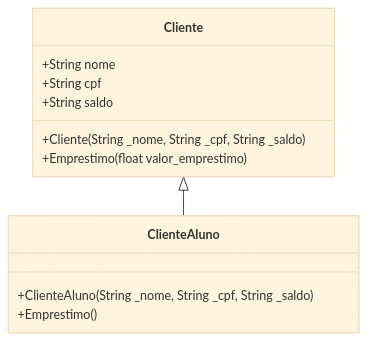
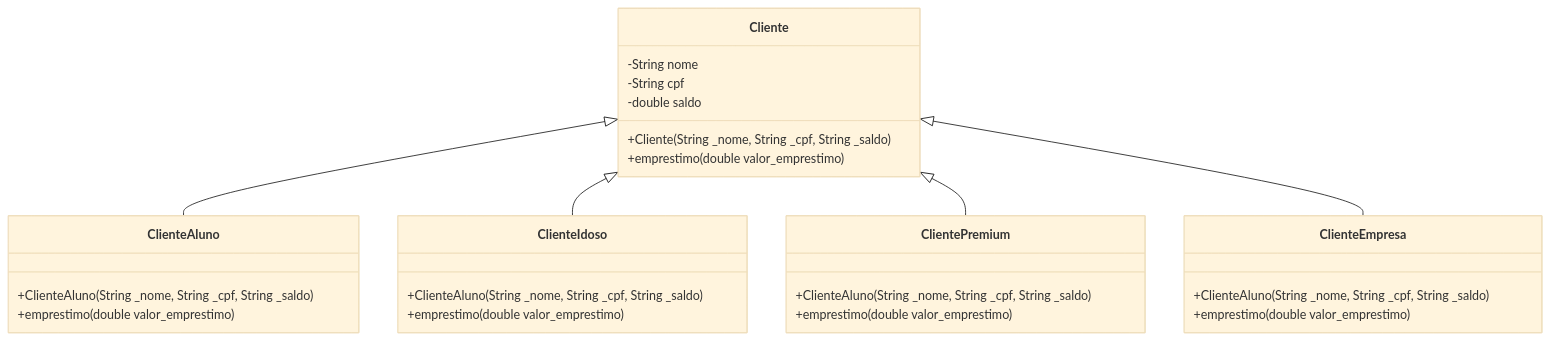
One commit to henrySilverIX/Bertoti changed the diagram in Engenharia de Software III/Strategy/Anti-Pattern/readme.md. Above: the diagram before and after it, drawn with Mermaid (base theme). The commit also changed other lines of this file, not shown here.

Commit message:
Adicionei os códigos dos arquivos e atualizei o mermaid

````diff
--- a/Engenharia de Software III/Strategy/Anti-Pattern/readme.md
+++ b/Engenharia de Software III/Strategy/Anti-Pattern/readme.md
@@ -51,19 +159,37 @@
 ```mermaid 
 classDiagram
         direction TB
 
 
         class Cliente { 
-        +String nome 
-        +String cpf 
-        +String saldo 
+        -String nome 
+        -String cpf 
+        -double saldo 
         +Cliente(String _nome, String _cpf, String _saldo) 
-        +Emprestimo(float valor_emprestimo) }
+        +emprestimo(double valor_emprestimo) }
     
         
         class ClienteAluno { 
         +ClienteAluno(String _nome, String _cpf, String _saldo) 
-        +Emprestimo() }
+        +emprestimo(double valor_emprestimo) }
 
+        class ClienteIdoso{
+         +ClienteAluno(String _nome, String _cpf, String _saldo) 
+         +emprestimo(double valor_emprestimo)
+        }
+
+        class ClientePremium{
+         +ClienteAluno(String _nome, String _cpf, String _saldo) 
+         +emprestimo(double valor_emprestimo)
+        }
+
+        class ClienteEmpresa{
+         +ClienteAluno(String _nome, String _cpf, String _saldo) 
+         +emprestimo(double valor_emprestimo)
+        }
+        
         Cliente <|-- ClienteAluno
+        Cliente <|-- ClienteIdoso
+        Cliente <|-- ClientePremium
+        Cliente <|-- ClienteEmpresa
 ```
````
